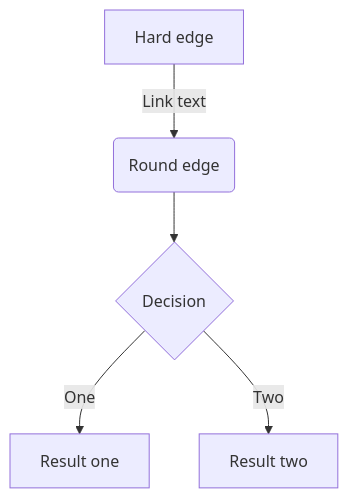
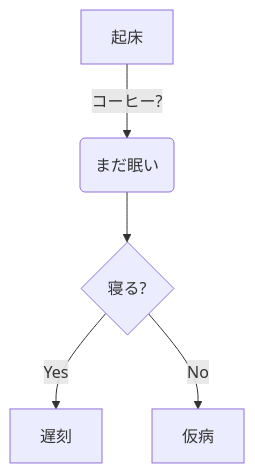
One commit to testkun08080/zenn-docs changed the first of 2 diagrams in README.md. Above: the diagram before and after it, drawn with Mermaid. The commit also changed other lines of this file, not shown here.

````diff
--- a/README.md
+++ b/README.md
@@ -191,7 +178,7 @@
 ```mermaid
 graph TB
-    A[Hard edge] -->|Link text| B(Round edge)
-    B --> C{Decision}
-    C -->|One| D[Result one]
-    C -->|Two| E[Result two]
+    A[起床] -->|コーヒー?| B(まだ眠い)
+    B --> C{寝る?}
+    C -->|Yes| D[遅刻]
+    C -->|No| E[仮病]
 ```
````
